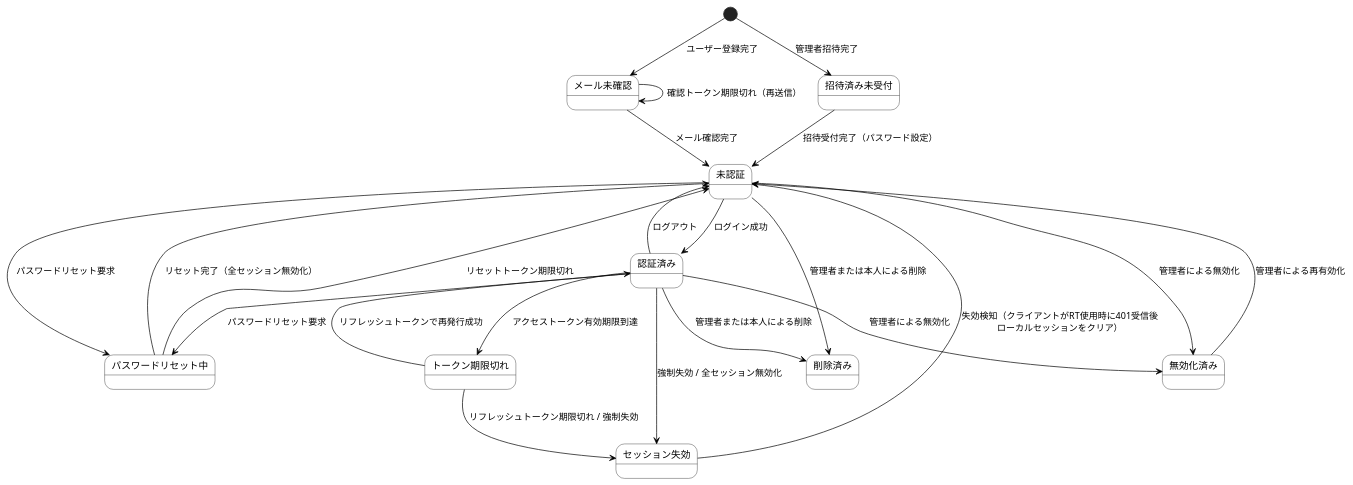
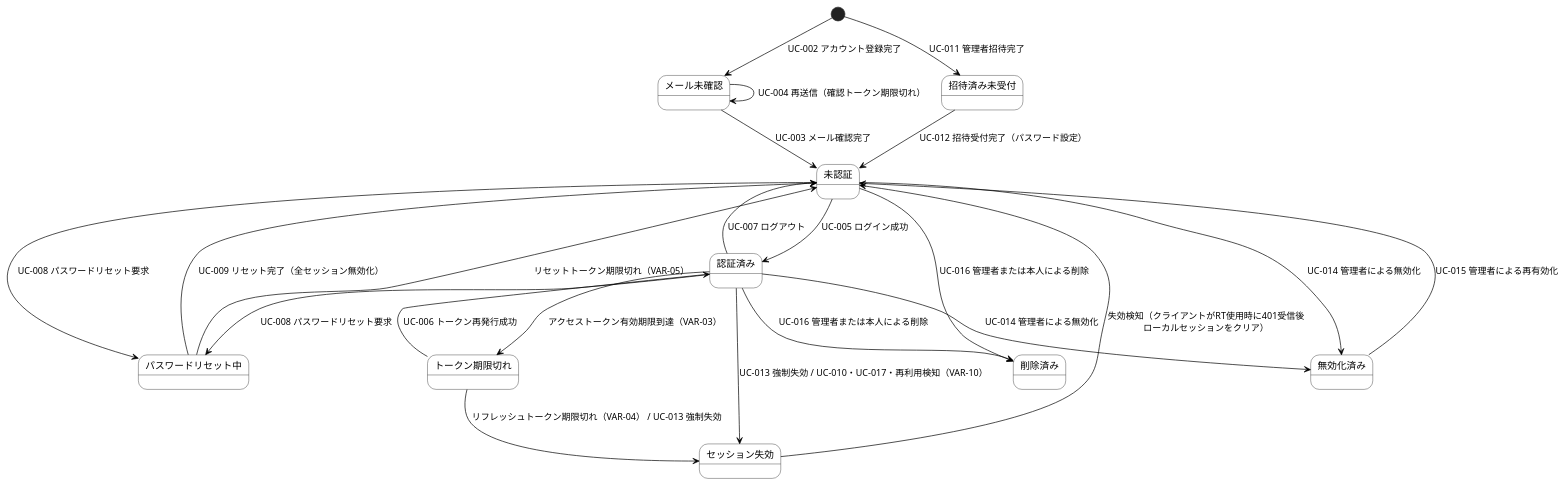
Before and after one commit to suunet/POC_HYDRA_AUTH: the diagram in .docs/design/states.md, drawn with PlantUML. The commit also changed other lines of this file and 7 other files, not shown here.

````diff
--- a/.docs/design/states.md
+++ b/.docs/design/states.md
@@ -27,41 +43,41 @@
 ```plantuml
 @startuml
 skinparam state {
   BackgroundColor White
   BorderColor Black
   ArrowColor Black
 }
 
-[*] --> メール未確認 : ユーザー登録完了
-[*] --> 招待済み未受付 : 管理者招待完了
+[*] --> メール未確認 : UC-002 アカウント登録完了
+[*] --> 招待済み未受付 : UC-011 管理者招待完了
 
-メール未確認 --> 未認証 : メール確認完了
-メール未確認 --> メール未確認 : 確認トークン期限切れ（再送信）
+メール未確認 --> 未認証 : UC-003 メール確認完了
+メール未確認 --> メール未確認 : UC-004 再送信（確認トークン期限切れ）
 
-招待済み未受付 --> 未認証 : 招待受付完了（パスワード設定）
+招待済み未受付 --> 未認証 : UC-012 招待受付完了（パスワード設定）
 
-未認証 --> 認証済み : ログイン成功
-未認証 --> パスワードリセット中 : パスワードリセット要求
+未認証 --> 認証済み : UC-005 ログイン成功
+未認証 --> パスワードリセット中 : UC-008 パスワードリセット要求
 
-認証済み --> トークン期限切れ : アクセストークン有効期限到達
-認証済み --> セッション失効 : 強制失効 / 全セッション無効化
-認証済み --> 未認証 : ログアウト
-認証済み --> パスワードリセット中 : パスワードリセット要求
-認証済み --> 無効化済み : 管理者による無効化
-認証済み --> 削除済み : 管理者または本人による削除
+認証済み --> トークン期限切れ : アクセストークン有効期限到達（VAR-03）
+認証済み --> セッション失効 : UC-013 強制失効 / UC-010・UC-017・再利用検知（VAR-10）
+認証済み --> 未認証 : UC-007 ログアウト
+認証済み --> パスワードリセット中 : UC-008 パスワードリセット要求
+認証済み --> 無効化済み : UC-014 管理者による無効化
+認証済み --> 削除済み : UC-016 管理者または本人による削除
 
-未認証 --> 無効化済み : 管理者による無効化
-未認証 --> 削除済み : 管理者または本人による削除
+未認証 --> 無効化済み : UC-014 管理者による無効化
+未認証 --> 削除済み : UC-016 管理者または本人による削除
 
-無効化済み --> 未認証 : 管理者による再有効化
+無効化済み --> 未認証 : UC-015 管理者による再有効化
 
-トークン期限切れ --> 認証済み : リフレッシュトークンで再発行成功
-トークン期限切れ --> セッション失効 : リフレッシュトークン期限切れ / 強制失効
+トークン期限切れ --> 認証済み : UC-006 トークン再発行成功
+トークン期限切れ --> セッション失効 : リフレッシュトークン期限切れ（VAR-04） / UC-013 強制失効
 
 セッション失効 --> 未認証 : 失効検知（クライアントがRT使用時に401受信後\nローカルセッションをクリア）
 
-パスワードリセット中 --> 未認証 : リセット完了（全セッション無効化）
-パスワードリセット中 --> 未認証 : リセットトークン期限切れ
+パスワードリセット中 --> 未認証 : UC-009 リセット完了（全セッション無効化）
+パスワードリセット中 --> 未認証 : リセットトークン期限切れ（VAR-05）
 
 @enduml
 ```
````
